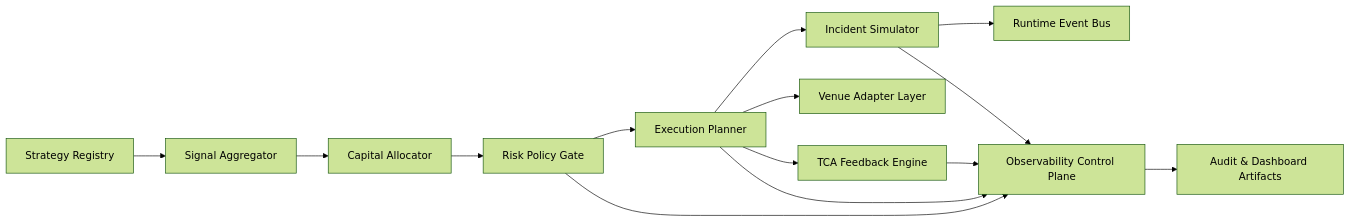
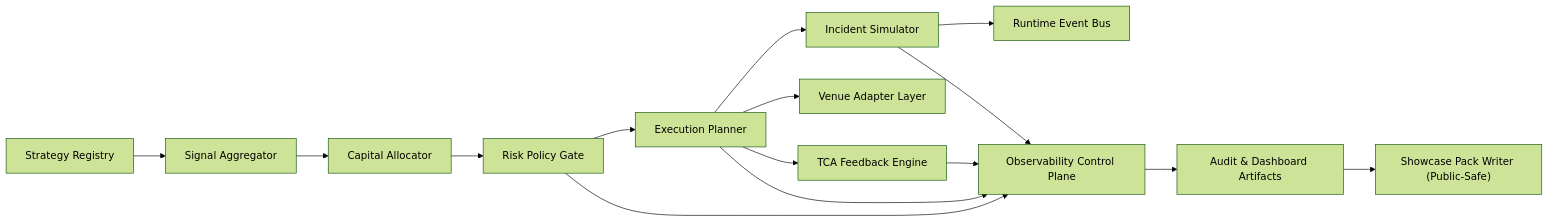
Before and after one commit to MaxLaurieHutchinson/equities-fund-launch-platform: the diagram in docs/ARCHITECTURE.md, drawn with Mermaid (forest theme). The commit also changed other lines of this file and 11 other files, not shown here.

````diff
--- a/docs/ARCHITECTURE.md
+++ b/docs/ARCHITECTURE.md
@@ -5,16 +5,17 @@
 ```mermaid
 flowchart LR
     A["Strategy Registry"] --> B["Signal Aggregator"]
     B --> C["Capital Allocator"]
     C --> D["Risk Policy Gate"]
     D --> E["Execution Planner"]
     E --> J["Incident Simulator"]
     J --> K["Runtime Event Bus"]
     E --> F["Venue Adapter Layer"]
     E --> G["TCA Feedback Engine"]
     D --> H["Observability Control Plane"]
     J --> H
     E --> H
     G --> H
     H --> I["Audit & Dashboard Artifacts"]
+    I --> L["Showcase Pack Writer (Public-Safe)"]
 ```
````
